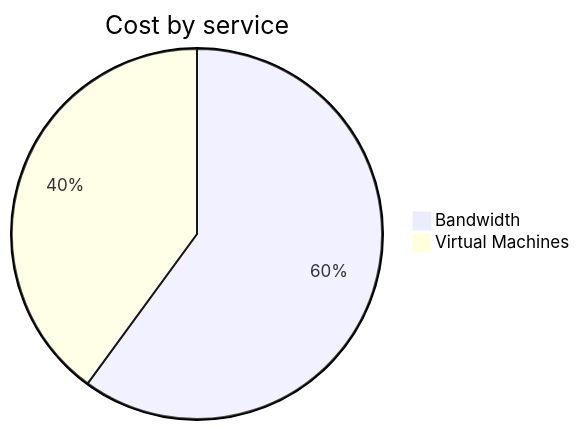
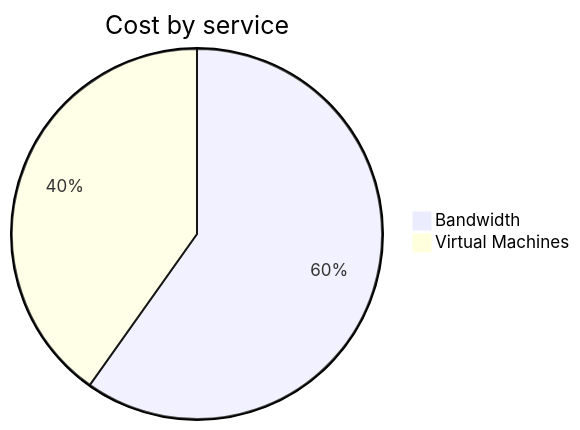
One commit to jpfulton/azure-personal-reports changed the second of 4 diagrams in cost-reports/personal-network/vpn-server.md. Above: the diagram before and after it, drawn with Mermaid. The commit also changed other lines of this file and 8 other files, not shown here.

````diff
--- a/cost-reports/personal-network/vpn-server.md
+++ b/cost-reports/personal-network/vpn-server.md
@@ -96,6 +96,6 @@
 ```mermaid
 pie
    title Cost by service
-   "Bandwidth" : 2.42
-   "Virtual Machines" : 1.61
+   "Bandwidth" : 2.71
+   "Virtual Machines" : 1.82
 ```
````
